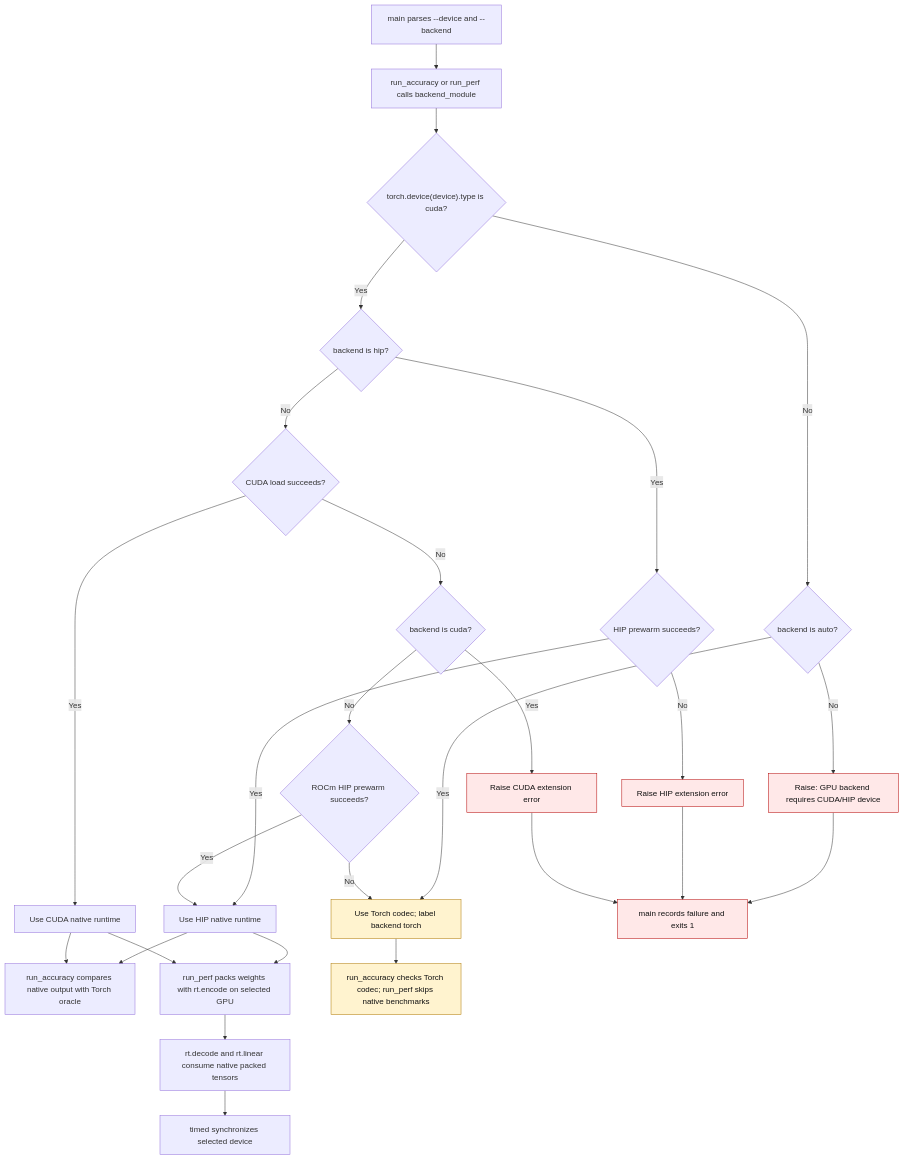
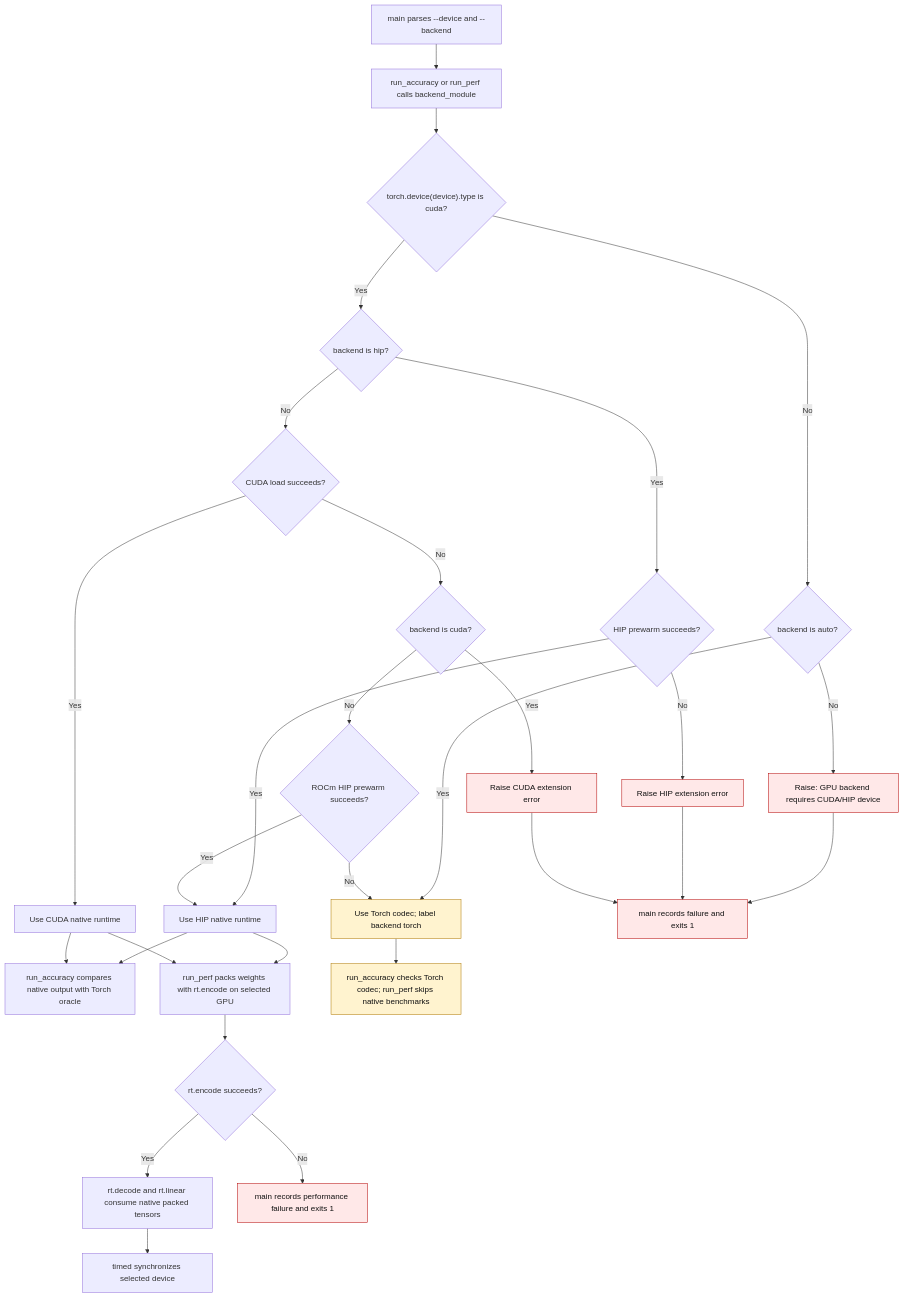
Before and after one commit to ModelCloud/GPTQModel: the diagram in docs/nf12-validation-backends.md, drawn with Mermaid. The commit also changed other lines of this file, not shown here.

Commit message:
docs(nf12): show native encoder failure path

````diff
--- a/docs/nf12-validation-backends.md
+++ b/docs/nf12-validation-backends.md
@@ -12,33 +12,35 @@
 ```mermaid
 flowchart TD
     A["main parses --device and --backend"] --> B["run_accuracy or run_perf calls backend_module"]
     B --> C{"torch.device(device).type is cuda?"}
     C -- No --> D{"backend is auto?"}
     D -- Yes --> T["Use Torch codec; label backend torch"]
     D -- No --> X["Raise: GPU backend requires CUDA/HIP device"]
     C -- Yes --> E{"backend is hip?"}
     E -- Yes --> F{"HIP prewarm succeeds?"}
     F -- Yes --> H["Use HIP native runtime"]
     F -- No --> Y["Raise HIP extension error"]
     E -- No --> G{"CUDA load succeeds?"}
     G -- Yes --> I["Use CUDA native runtime"]
     G -- No --> J{"backend is cuda?"}
     J -- Yes --> Z["Raise CUDA extension error"]
     J -- No --> K{"ROCm HIP prewarm succeeds?"}
     K -- Yes --> H
     K -- No --> T
     H --> U["run_accuracy compares native output with Torch oracle"]
     I --> U
     H --> N["run_perf packs weights with rt.encode on selected GPU"]
     I --> N
-    N --> O["rt.decode and rt.linear consume native packed tensors"]
+    N --> R{"rt.encode succeeds?"}
+    R -- Yes --> O["rt.decode and rt.linear consume native packed tensors"]
+    R -- No --> W["main records performance failure and exits 1"]
     O --> P["timed synchronizes selected device"]
     T --> V["run_accuracy checks Torch codec; run_perf skips native benchmarks"]
     X --> Q["main records failure and exits 1"]
     Y --> Q
     Z --> Q
     classDef failure fill:#ffe8e8,stroke:#b30000,color:#111;
     classDef fallback fill:#fff3cf,stroke:#ad7700,color:#111;
-    class X,Y,Z,Q failure;
+    class X,Y,Z,Q,W failure;
     class T,V fallback;
 ```
````
